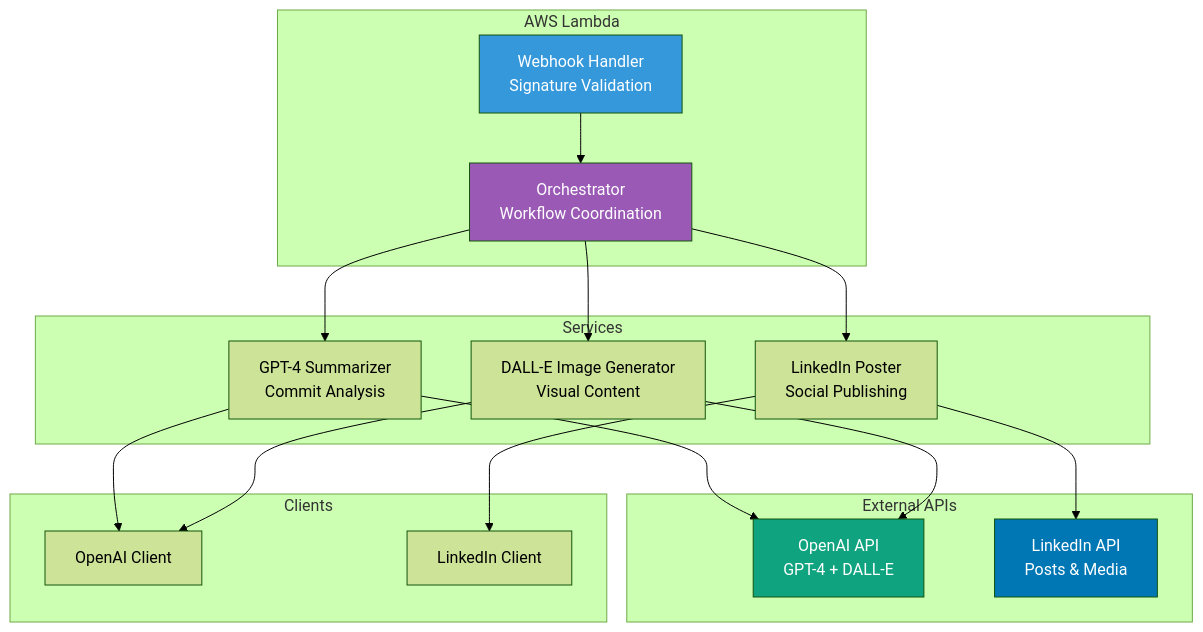
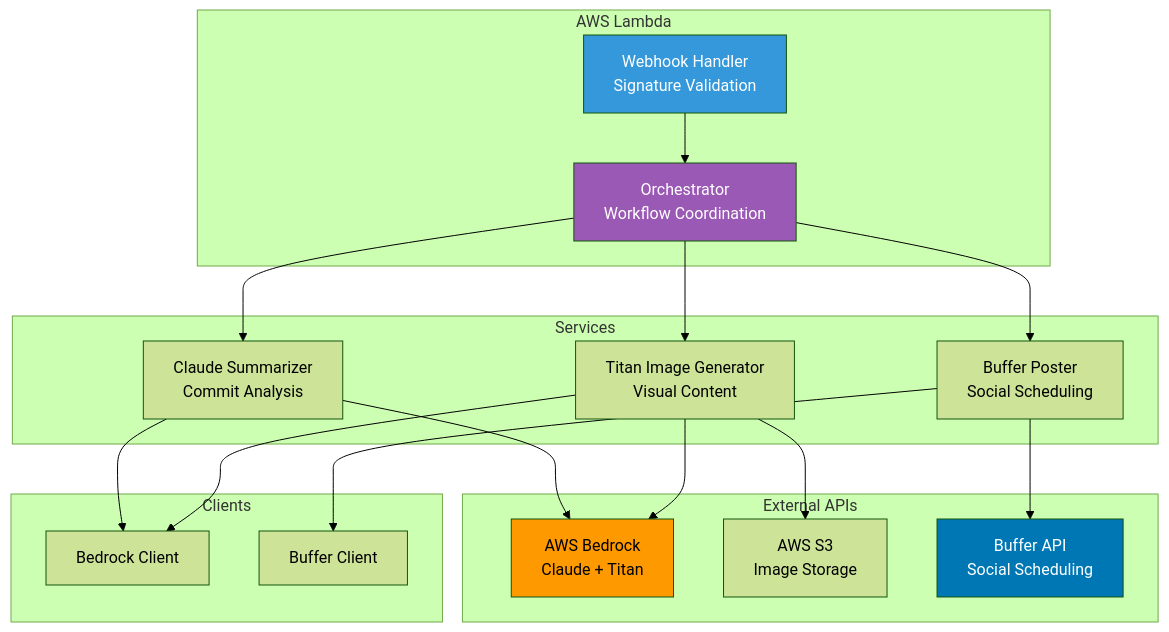
One commit to michaellady/roxas changed the second of 5 diagrams in README.md. Above: the diagram before and after it, drawn with Mermaid (forest theme). The commit also changed other lines of this file and 6 other files, not shown here.

First line of the commit message:
Replace OpenAI with AWS Bedrock and integrate Buffer API

````diff
--- a/README.md
+++ b/README.md
@@ -38,42 +38,44 @@
 ```mermaid
 graph TB
     subgraph "AWS Lambda"
         Handler[Webhook Handler<br/>Signature Validation]
         Orch[Orchestrator<br/>Workflow Coordination]
 
         Handler --> Orch
     end
 
     subgraph "Services"
-        Summarizer[GPT-4 Summarizer<br/>Commit Analysis]
-        ImageGen[DALL-E Image Generator<br/>Visual Content]
-        LinkedIn[LinkedIn Poster<br/>Social Publishing]
+        Summarizer[Claude Summarizer<br/>Commit Analysis]
+        ImageGen[Titan Image Generator<br/>Visual Content]
+        Buffer[Buffer Poster<br/>Social Scheduling]
 
         Orch --> Summarizer
         Orch --> ImageGen
-        Orch --> LinkedIn
+        Orch --> Buffer
     end
 
     subgraph "External APIs"
-        OpenAI[OpenAI API<br/>GPT-4 + DALL-E]
-        LI[LinkedIn API<br/>Posts & Media]
+        Bedrock[AWS Bedrock<br/>Claude + Titan]
+        S3[AWS S3<br/>Image Storage]
+        BufAPI[Buffer API<br/>Social Scheduling]
 
-        Summarizer --> OpenAI
-        ImageGen --> OpenAI
-        LinkedIn --> LI
+        Summarizer --> Bedrock
+        ImageGen --> Bedrock
+        ImageGen --> S3
+        Buffer --> BufAPI
     end
 
     subgraph "Clients"
-        OAIClient[OpenAI Client]
-        LIClient[LinkedIn Client]
+        BRClient[Bedrock Client]
+        BufClient[Buffer Client]
 
-        Summarizer --> OAIClient
-        ImageGen --> OAIClient
-        LinkedIn --> LIClient
+        Summarizer --> BRClient
+        ImageGen --> BRClient
+        Buffer --> BufClient
     end
 
     style Handler fill:#3498db,color:#fff
     style Orch fill:#9b59b6,color:#fff
-    style OpenAI fill:#10a37f,color:#fff
-    style LI fill:#0077b5,color:#fff
+    style Bedrock fill:#ff9900,color:#000
+    style BufAPI fill:#0077b5,color:#fff
 ```
````
